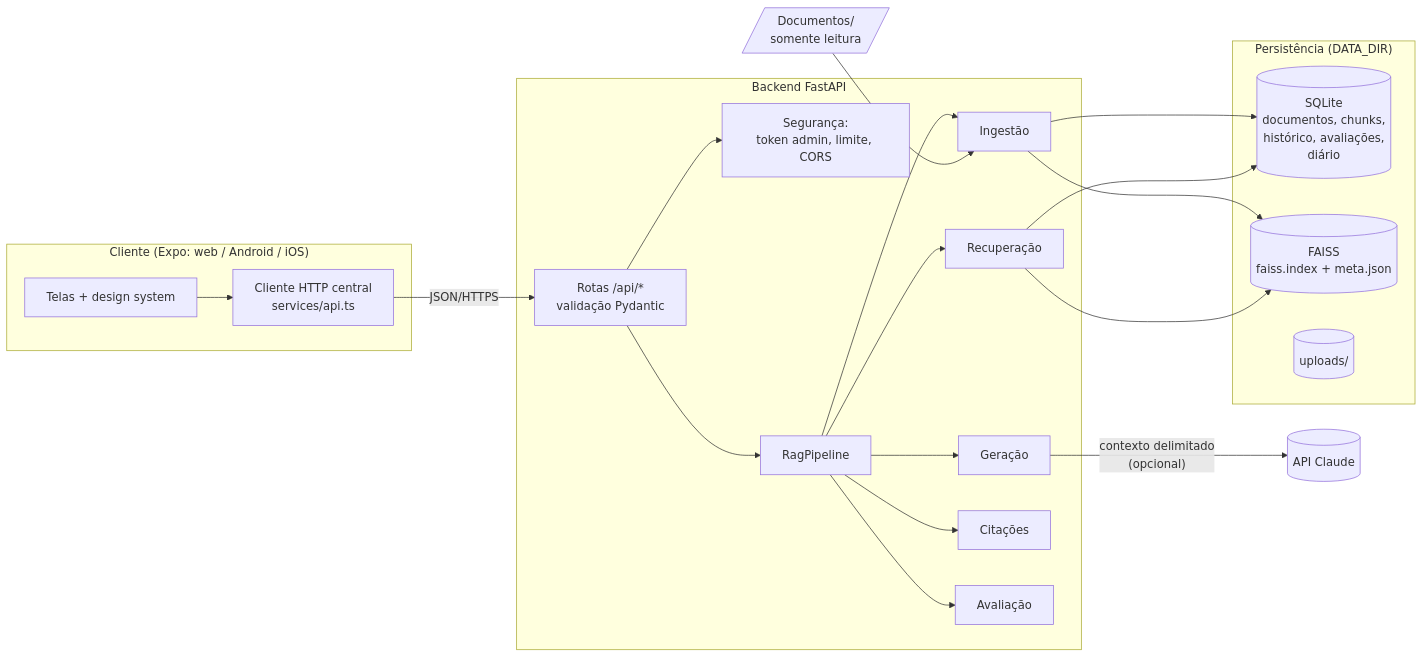
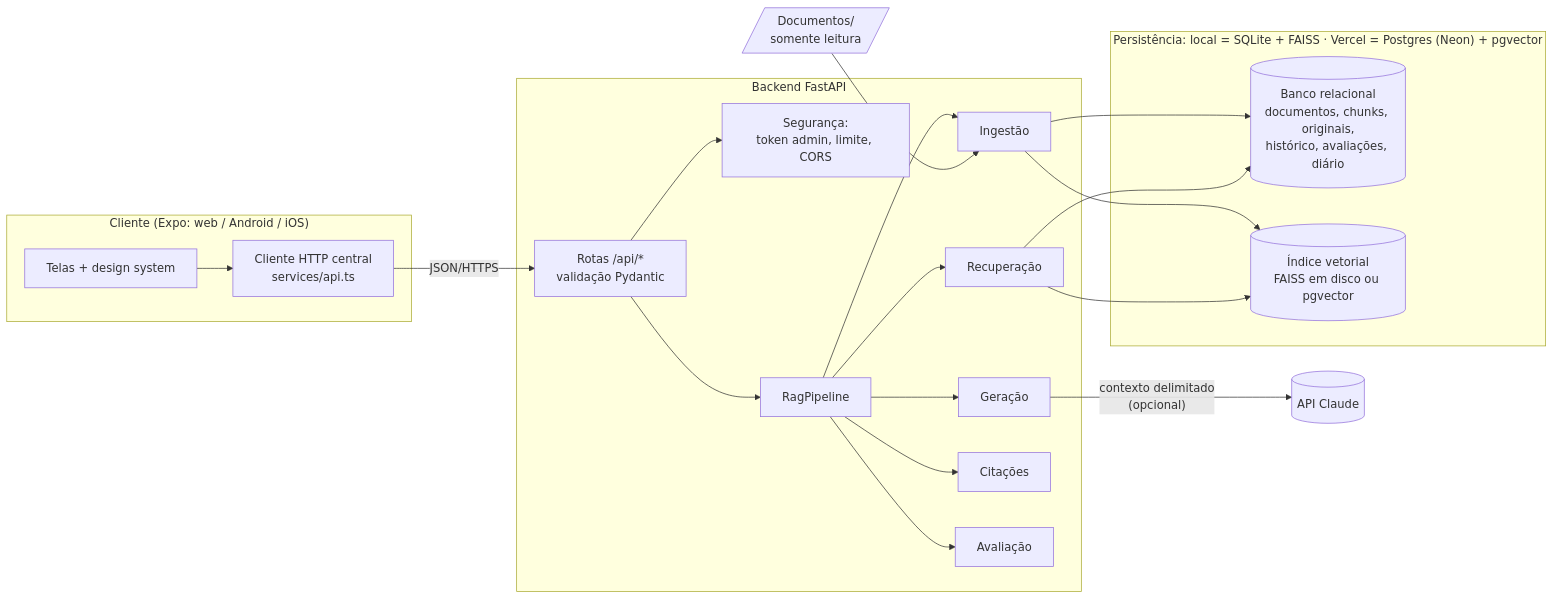
The first of 2 diagrams in docs/ARQUITETURA.md (Gabriel-S-Justino/NP2Engenharia), drawn with Mermaid before and after one commit. The commit also changed other lines of this file and 64 other files, not shown here.

First line of the commit message:
Aplicação completa pronta para deploy na Vercel (web + API + Postgres/pgvector)

````diff
--- a/docs/ARQUITETURA.md
+++ b/docs/ARQUITETURA.md
@@ -5,25 +5,25 @@
 ```mermaid
 flowchart LR
   subgraph Cliente["Cliente (Expo: web / Android / iOS)"]
     UI[Telas + design system] --> HTTP[Cliente HTTP central\nservices/api.ts]
   end
   subgraph Backend["Backend FastAPI"]
     API[Rotas /api/*\nvalidação Pydantic] --> SEC[Segurança:\ntoken admin, limite, CORS]
     API --> PIPE[RagPipeline]
     PIPE --> ING[Ingestão]
     PIPE --> RET[Recuperação]
     PIPE --> GEN[Geração]
     PIPE --> CIT[Citações]
     PIPE --> EVAL[Avaliação]
   end
-  subgraph Dados["Persistência (DATA_DIR)"]
-    DB[(SQLite\ndocumentos, chunks,\nhistórico, avaliações,\ndiário)]
-    IDX[(FAISS\nfaiss.index + meta.json)]
-    UP[(uploads/)]
+  subgraph Dados["Persistência: local = SQLite + FAISS · Vercel = Postgres (Neon) + pgvector"]
+    DB[(Banco relacional\ndocumentos, chunks, originais,\nhistórico, avaliações, diário)]
+    IDX[(Índice vetorial\nFAISS em disco ou pgvector)]
   end
   DOCS[/Documentos/\nsomente leitura/] --> ING
   HTTP -- JSON/HTTPS --> API
   ING --> DB & IDX
   RET --> IDX & DB
+  %% Na Vercel, frontend e API ficam no mesmo domínio: a web chama /api/* na própria origem.
   GEN -- "contexto delimitado\n(opcional)" --> LLM[(API Claude)]
 ```
````
